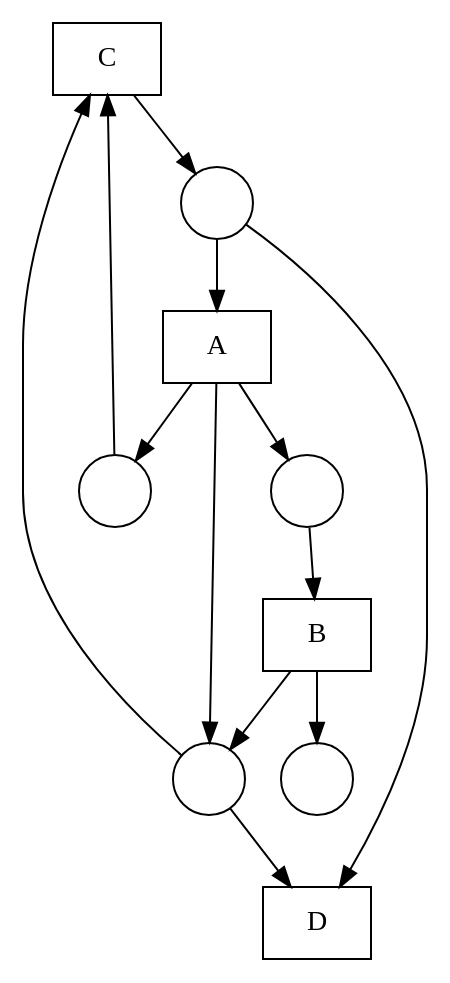
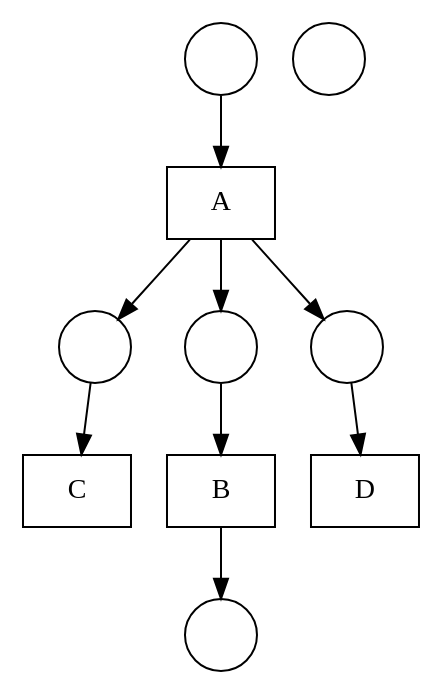
Before and after one commit to DWitek97/GeneticMiner: the diagram in nets/Fittest net.gv, drawn with Graphviz. The commit also changed 4 other files, not shown here.

```diff
--- a/nets/Fittest net.gv
+++ b/nets/Fittest net.gv
@@ -1,25 +1,22 @@
 digraph "Fittest net" {
 	node [shape=box]
+	A [label=A]
+	D [label=D]
+	B [label=B]
 	C [label=C]
-	D [label=D]
-	A [label=A]
-	B [label=B]
 	node [shape=circle]
 	1 [label=" "]
 	2 [label=" "]
 	3 [label=" "]
 	4 [label=" "]
 	5 [label=" "]
+	6 [label=" "]
+	1 -> A
+	A -> 4
+	A -> 2
+	A -> 3
+	4 -> D
+	3 -> B
+	B -> 5
 	2 -> C
-	4 -> C
-	C -> 1
-	1 -> D
-	2 -> D
-	1 -> A
-	A -> 2
-	A -> 4
-	A -> 3
-	3 -> B
-	B -> 2
-	B -> 5
 }
```
